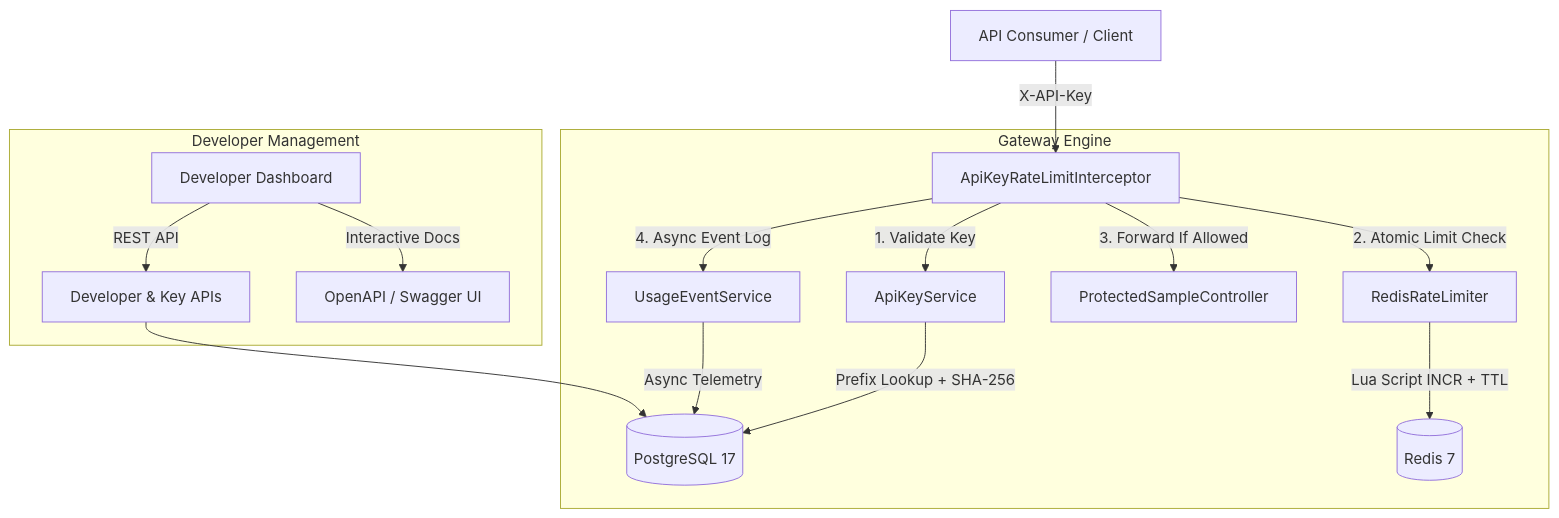
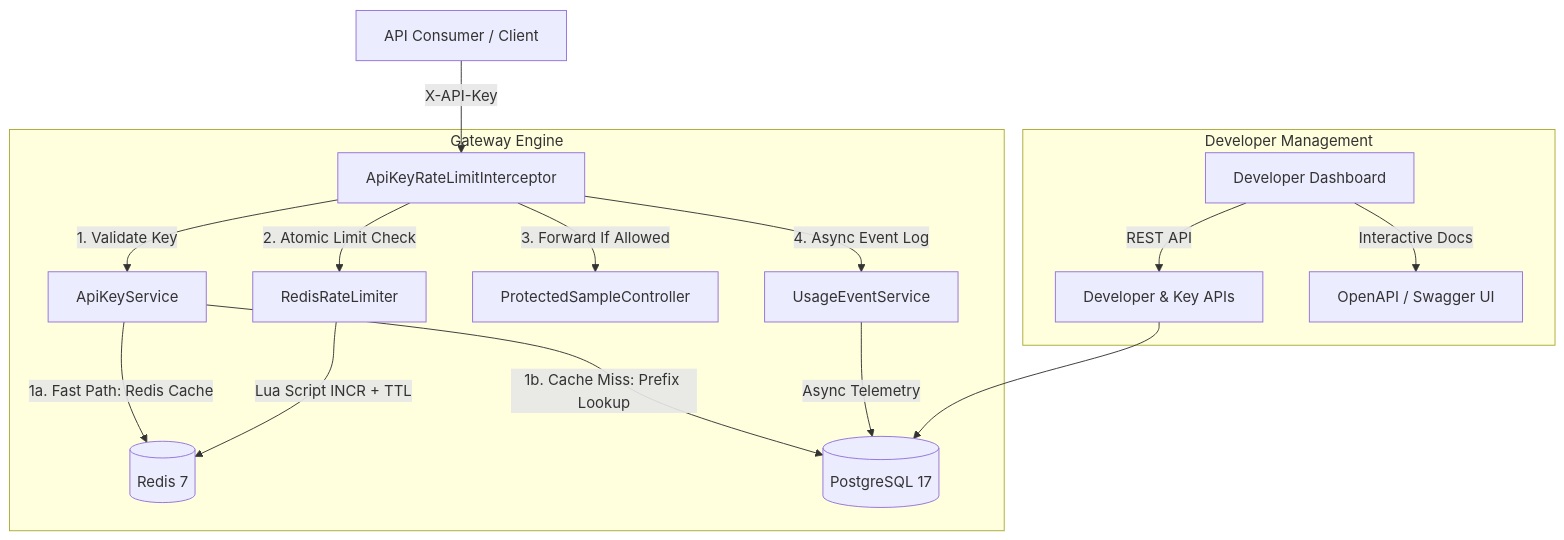
Before and after one commit to savit0r/gatekeeper: the diagram in README.md, drawn with Mermaid. The commit also changed other lines of this file and 10 other files, not shown here.

Commit message:
Implement Redis API key caching with instant invalidation on revocation and rotation

````diff
--- a/README.md
+++ b/README.md
@@ -18,20 +18,21 @@
 ```mermaid
 flowchart TD
     Client[API Consumer / Client] -->|X-API-Key| Interceptor[ApiKeyRateLimitInterceptor]
     
     subgraph Gateway Engine
         Interceptor -->|1. Validate Key| KeyService[ApiKeyService]
-        KeyService -->|Prefix Lookup + SHA-256| Postgres[(PostgreSQL 17)]
+        KeyService -->|1a. Fast Path: Redis Cache| Redis[(Redis 7)]
+        KeyService -->|1b. Cache Miss: Prefix Lookup| Postgres[(PostgreSQL 17)]
         Interceptor -->|2. Atomic Limit Check| RedisLimiter[RedisRateLimiter]
-        RedisLimiter -->|Lua Script INCR + TTL| Redis[(Redis 7)]
+        RedisLimiter -->|Lua Script INCR + TTL| Redis
         Interceptor -->|3. Forward If Allowed| SampleRoute[ProtectedSampleController]
         Interceptor -->|4. Async Event Log| UsageService[UsageEventService]
         UsageService -->|Async Telemetry| Postgres
     end
     
     subgraph Developer Management
         Dev[Developer Dashboard] -->|REST API| DevController[Developer & Key APIs]
         DevController --> Postgres
         Dev -->|Interactive Docs| Swagger[OpenAPI / Swagger UI]
     end
 ```
````
